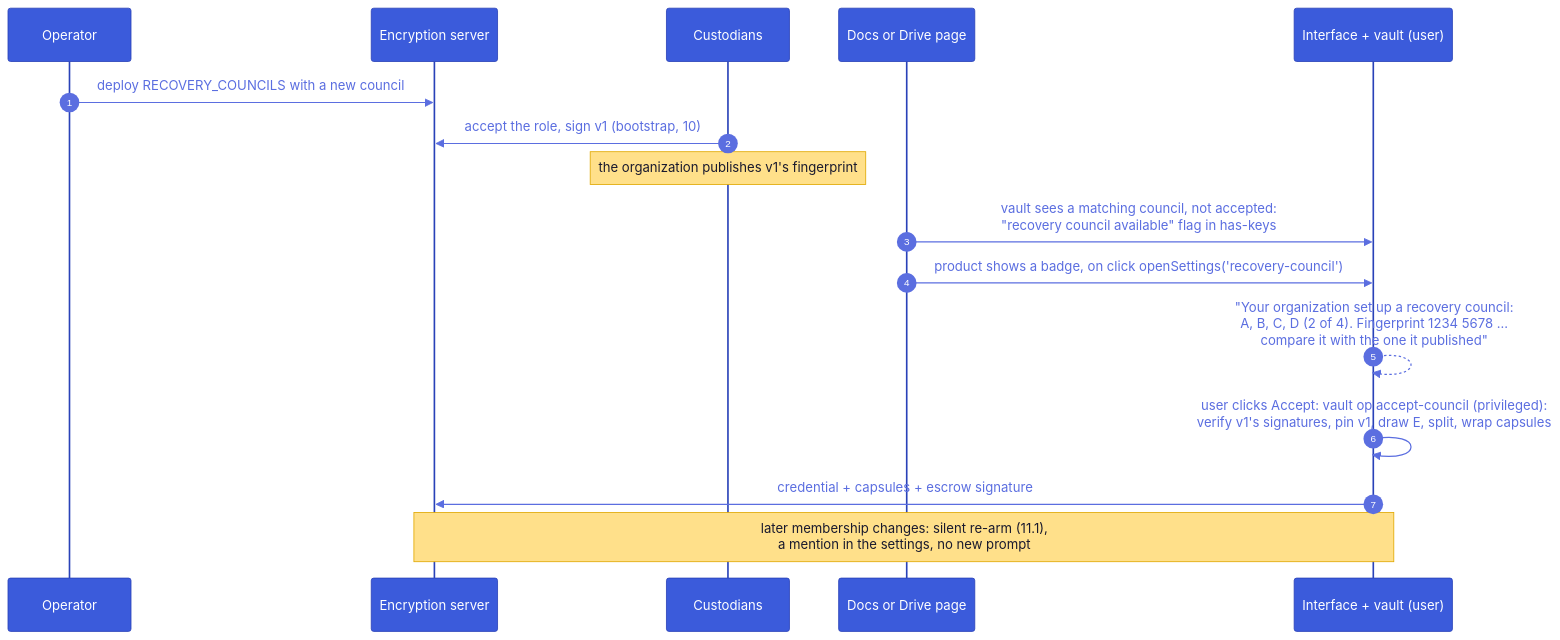
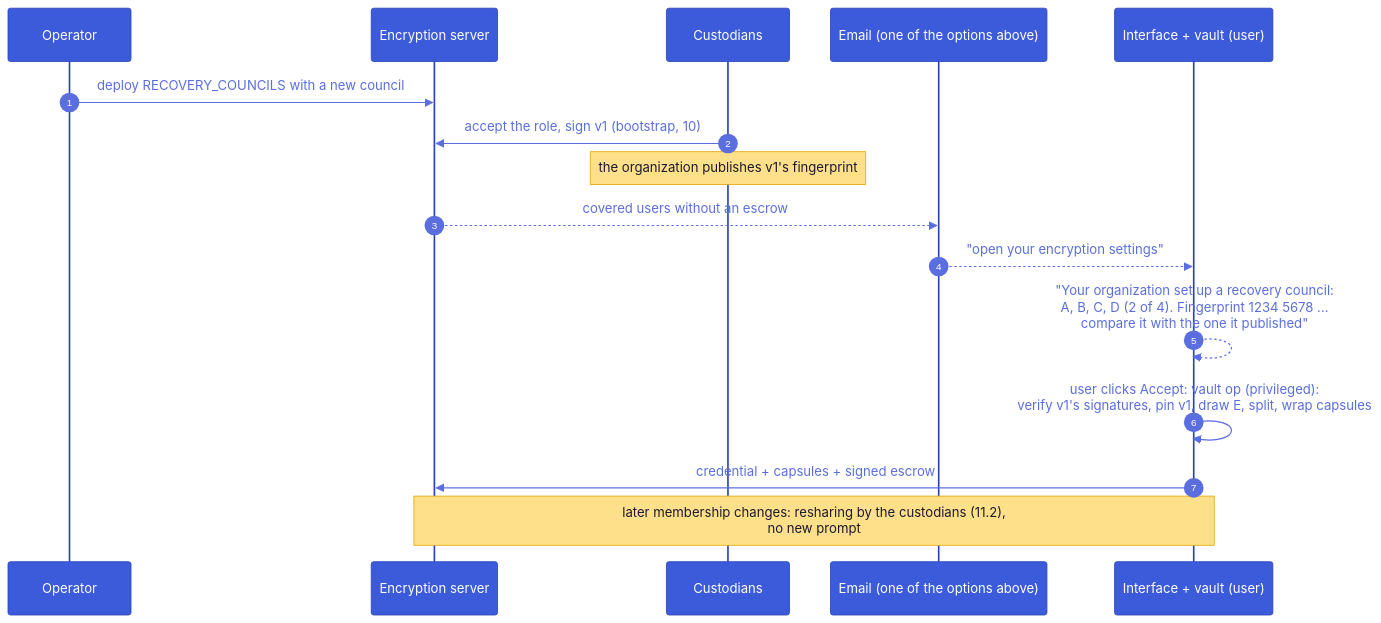
Diagram 22 of 22 in shamir.md (suitenumerique/encryption), drawn with Mermaid before and after one commit. The commit also changed other lines of this file and 91 other files, not shown here.

````diff
--- a/shamir.md
+++ b/shamir.md
@@ -756,19 +828,19 @@
 ```mermaid
 %%{init: {'theme':'base','look':'classic','themeVariables':{'actorBkg':'#3b5bdb','actorTextColor':'#fff','actorBorder':'#2942b8','signalColor':'#5b6ee0','signalTextColor':'#5b6ee0','noteBkgColor':'#ffe08a','noteTextColor':'#1a1a2e','noteBorderColor':'#e0a800','sequenceNumberColor':'#fff'}}}%%
 sequenceDiagram
   autonumber
   participant OP as Operator
   participant API as Encryption server
   participant CU as Custodians
-  participant P as Docs or Drive page
+  participant M as Email (one of the options above)
   participant UI as Interface + vault (user)
   OP->>API: deploy RECOVERY_COUNCILS with a new council
   CU->>API: accept the role, sign v1 (bootstrap, 10)
   Note over CU: the organization publishes v1's fingerprint
-  P->>UI: vault sees a matching council, not accepted:<br/>"recovery council available" flag in has-keys
-  P->>UI: product shows a badge, on click openSettings('recovery-council')
+  API-->>M: covered users without an escrow
+  M-->>UI: "open your encryption settings"
   UI-->>UI: "Your organization set up a recovery council:<br/>A, B, C, D (2 of 4). Fingerprint 1234 5678 ...<br/>compare it with the one it published"
-  UI->>UI: user clicks Accept: vault op accept-council (privileged):<br/>verify v1's signatures, pin v1, draw E, split, wrap capsules
-  UI->>API: credential + capsules + escrow signature
-  Note over UI,API: later membership changes: silent re-arm (11.1),<br/>a mention in the settings, no new prompt
+  UI->>UI: user clicks Accept: vault op (privileged):<br/>verify v1's signatures, pin v1, draw E, split, wrap capsules
+  UI->>API: credential + capsules + signed escrow
+  Note over UI,API: later membership changes: resharing by the custodians (11.2),<br/>no new prompt
 ```
````
